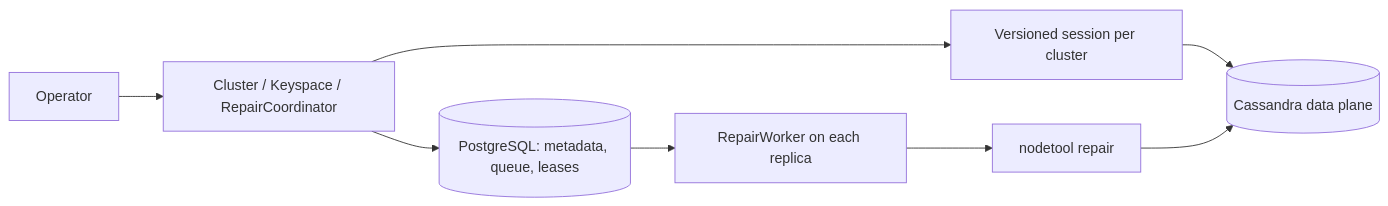
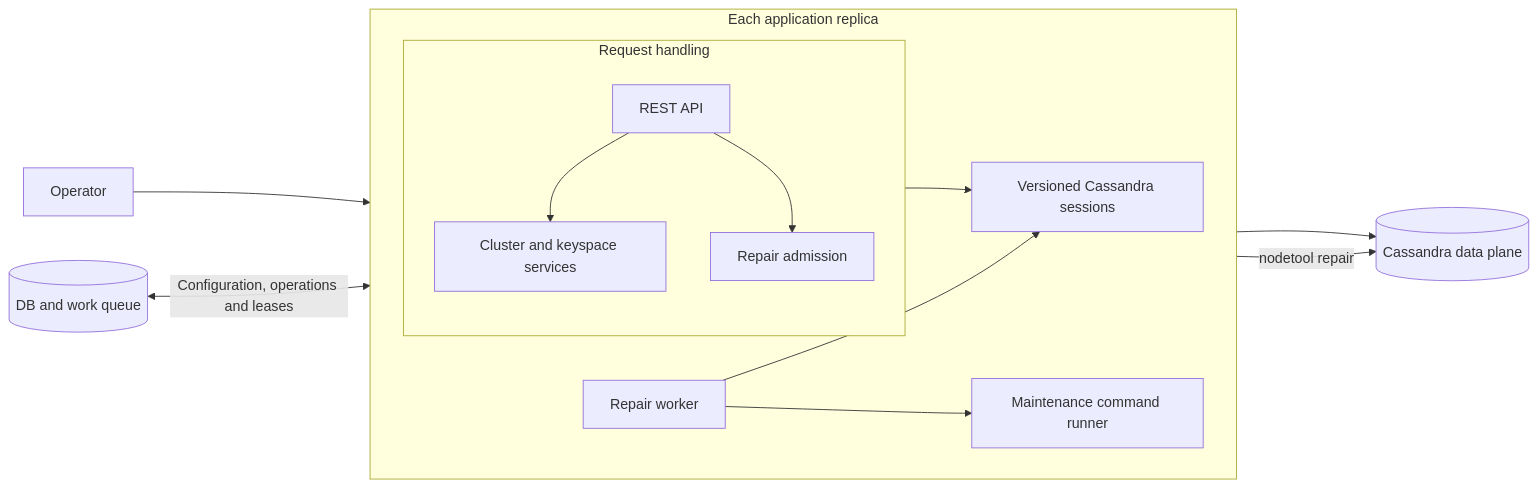
Before and after one commit to elephait/cassandra-dbaas-demo: the diagram in README.md, drawn with Mermaid. The commit also changed other lines of this file, not shown here.

````diff
--- a/README.md
+++ b/README.md
@@ -95,10 +8,20 @@
 ```mermaid
 flowchart LR
-    Operator --> API[Cluster / Keyspace / RepairCoordinator]
-    API --> SQL[(PostgreSQL: metadata, queue, leases)]
-    SQL --> Worker[RepairWorker on each replica]
-    API --> Sessions[Versioned session per cluster]
+    DB[(DB and work queue)]
+    DB <-->|Configuration, operations and leases| Replica
+    Operator --> API
+    subgraph Replica[Each application replica]
+        direction LR
+        subgraph Requests[Request handling]
+            direction TB
+            API[REST API]
+            API --> Services[Cluster and keyspace services]
+            API --> Admission[Repair admission]
+        end
+        Services --> Sessions[Versioned Cassandra sessions]
+        Worker[Repair worker] --> Sessions
+        Worker --> Runner[Maintenance command runner]
+    end
     Sessions --> Cassandra[(Cassandra data plane)]
-    Worker --> CLI[nodetool repair]
-    CLI --> Cassandra
+    Runner -->|nodetool repair| Cassandra
 ```
````
